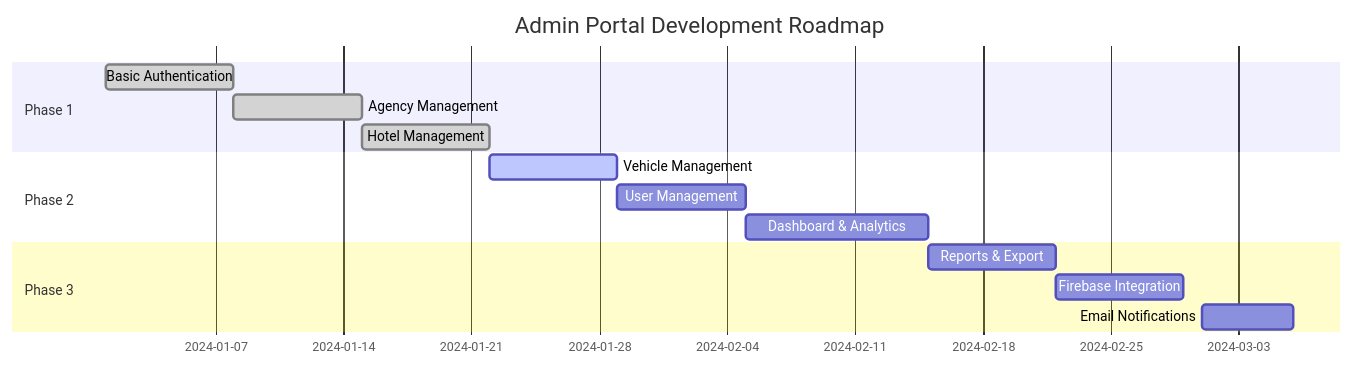
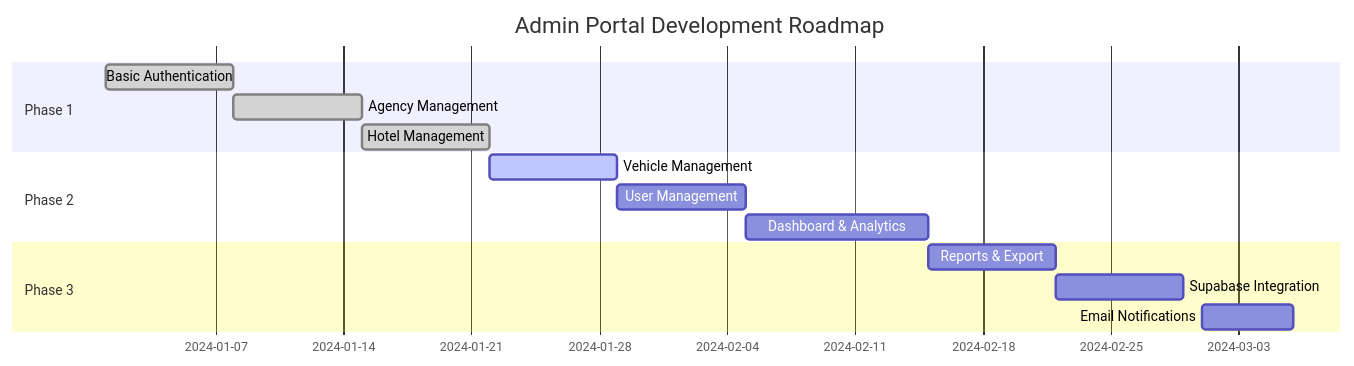
One commit to AbuZar-Babar/TrekPal changed the third of 3 diagrams in docs/setup/admin-portal.md. Above: the diagram before and after it, drawn with Mermaid. The commit also changed other lines of this file and 50 other files, not shown here.

````diff
--- a/docs/setup/admin-portal.md
+++ b/docs/setup/admin-portal.md
@@ -517,17 +517,17 @@
 ```mermaid
 gantt
     title Admin Portal Development Roadmap
     dateFormat  YYYY-MM-DD
     section Phase 1
     Basic Authentication           :done, 2024-01-01, 7d
     Agency Management             :done, 2024-01-08, 7d
     Hotel Management              :done, 2024-01-15, 7d
     section Phase 2
     Vehicle Management            :active, 2024-01-22, 7d
     User Management               :2024-01-29, 7d
     Dashboard & Analytics         :2024-02-05, 10d
     section Phase 3
     Reports & Export              :2024-02-15, 7d
-    Firebase Integration          :2024-02-22, 7d
+    Supabase Integration          :2024-02-22, 7d
     Email Notifications           :2024-03-01, 5d
 ```
````
